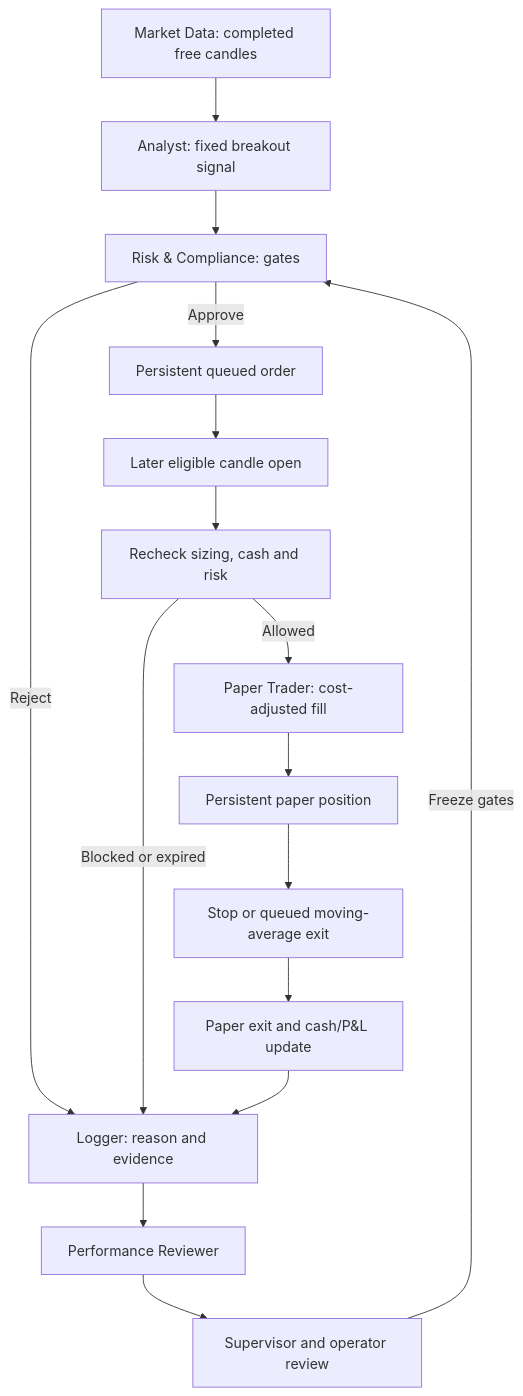
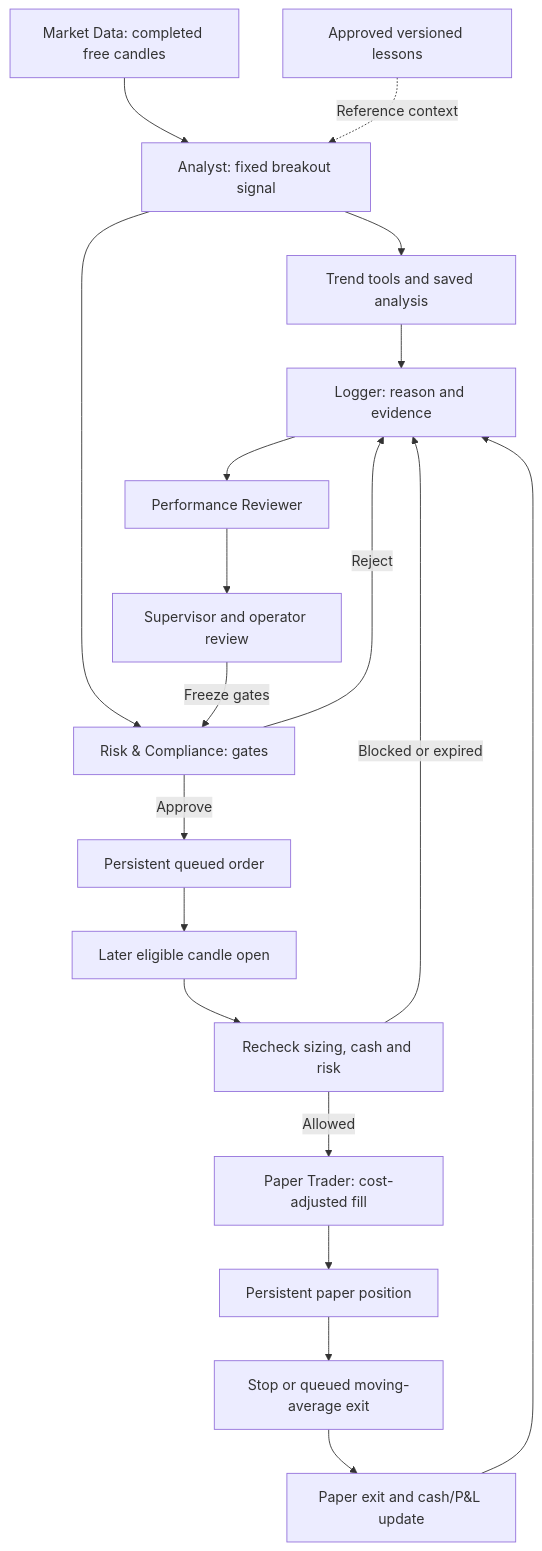
Before and after one commit to pcgenie575/Trading-desk: the diagram in docs/app-flow.md, drawn with Mermaid. The commit also changed other lines of this file and 10 other files, not shown here.

````diff
--- a/docs/app-flow.md
+++ b/docs/app-flow.md
@@ -15,18 +15,21 @@
 ```mermaid
 flowchart TD
     M[Market Data: completed free candles] --> A[Analyst: fixed breakout signal]
+    K[Approved versioned lessons] -. Reference context .-> A
+    A --> B[Trend tools and saved analysis]
+    B --> L
     A --> R[Risk & Compliance: gates]
     R -->|Reject| L[Logger: reason and evidence]
     R -->|Approve| Q[Persistent queued order]
     Q --> F[Later eligible candle open]
     F --> R2[Recheck sizing, cash and risk]
     R2 -->|Allowed| T[Paper Trader: cost-adjusted fill]
     R2 -->|Blocked or expired| L
     T --> P[Persistent paper position]
     P --> E[Stop or queued moving-average exit]
     E --> T2[Paper exit and cash/P&L update]
     T2 --> L
     L --> V[Performance Reviewer]
     V --> S[Supervisor and operator review]
     S -->|Freeze gates| R
 ```
````
